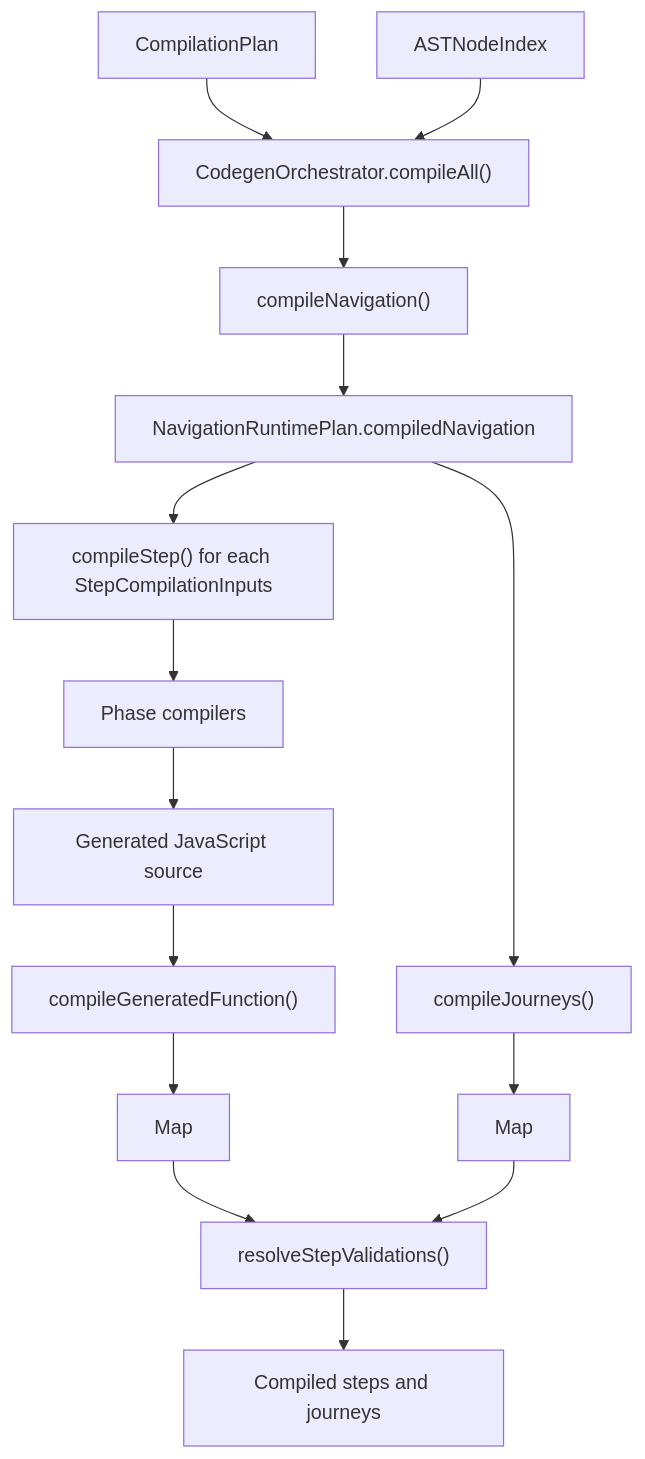
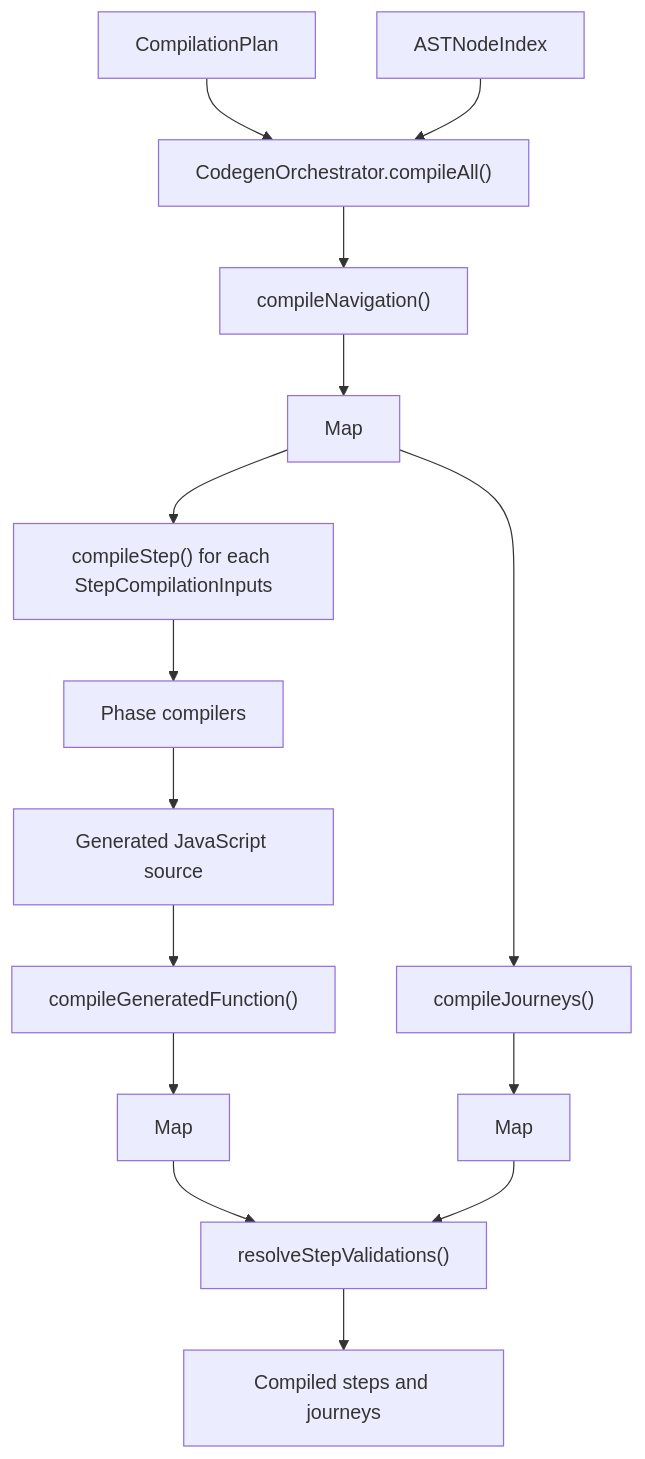
The diagram in packages/forge-core/src/engine/compilation/lowering/README.md (ministryofjustice/hmpps-forge), drawn with Mermaid before and after one commit. The commit also changed other lines of this file and 23 other files, not shown here.

Commit message:
Replace `NavigationRuntimePlan` carrier with a pure `ReachabilityStateTable`

````diff
--- a/packages/forge-core/src/engine/compilation/lowering/README.md
+++ b/packages/forge-core/src/engine/compilation/lowering/README.md
@@ -139,17 +139,17 @@
 ```mermaid
 flowchart TD
   compilationPlan["CompilationPlan"] --> orchestrator["CodegenOrchestrator.compileAll()"]
   nodeRegistry["ASTNodeIndex"] --> orchestrator
   orchestrator --> navigation["compileNavigation()"]
-  navigation --> navigationPlan["NavigationRuntimePlan.compiledNavigation"]
-  navigationPlan --> journeys["compileJourneys()"]
+  navigation --> reachabilityByJourney["Map<NodeId, compiled reachability fns>"]
+  reachabilityByJourney --> journeys["compileJourneys()"]
   journeys --> compiledJourneys["Map<NodeId, CompiledJourney>"]
-  navigationPlan --> steps["compileStep() for each StepCompilationInputs"]
+  reachabilityByJourney --> steps["compileStep() for each StepCompilationInputs"]
   steps --> phaseCompilers["Phase compilers"]
   phaseCompilers --> source["Generated JavaScript source"]
   source --> generatedFunction["compileGeneratedFunction()"]
   generatedFunction --> compiledSteps["Map<NodeId, CompiledStep>"]
   compiledSteps --> validations["resolveStepValidations()"]
   compiledJourneys --> validations
   validations --> result["Compiled steps and journeys"]
 ```
````
